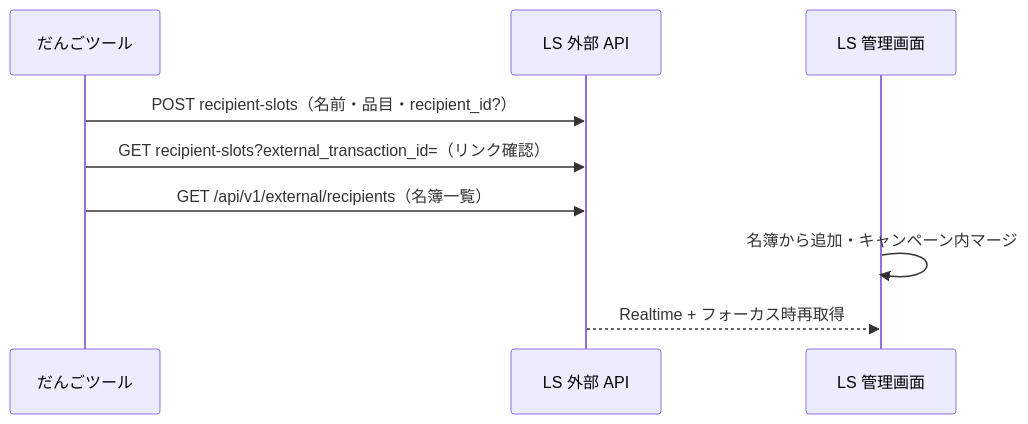
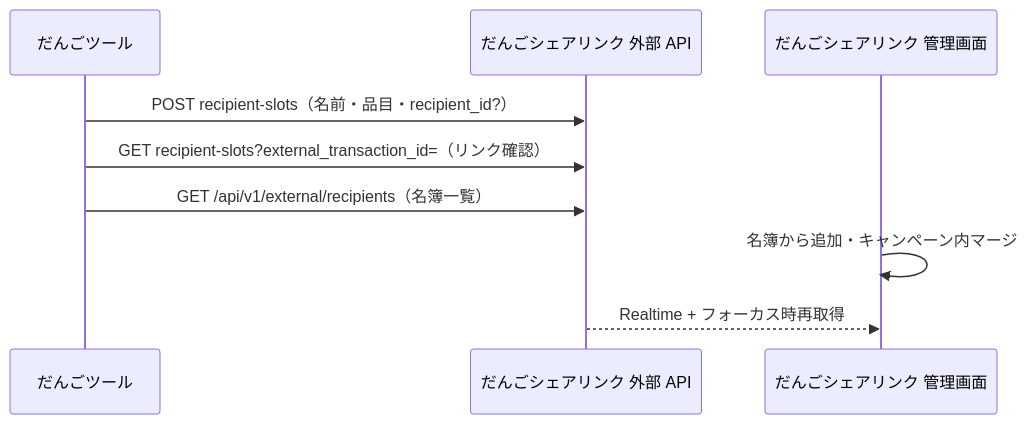
Before and after one commit to DukeGomadango/app-live-counter-suite: the diagram in docs/gacha-share-link-integration.md, drawn with Mermaid. The commit also changed other lines of this file and 23 other files, not shown here.

````diff
--- a/docs/gacha-share-link-integration.md
+++ b/docs/gacha-share-link-integration.md
@@ -116,12 +116,12 @@
 ```mermaid
 sequenceDiagram
   participant Tool as だんごツール
-  participant API as LS 外部 API
-  participant UI as LS 管理画面
+  participant API as だんごシェアリンク 外部 API
+  participant UI as だんごシェアリンク 管理画面
 
   Tool->>API: POST recipient-slots（名前・品目・recipient_id?）
   Tool->>API: GET recipient-slots?external_transaction_id=（リンク確認）
   Tool->>API: GET /api/v1/external/recipients（名簿一覧）
   UI->>UI: 名簿から追加・キャンペーン内マージ
   API-->>UI: Realtime + フォーカス時再取得
 ```
````
